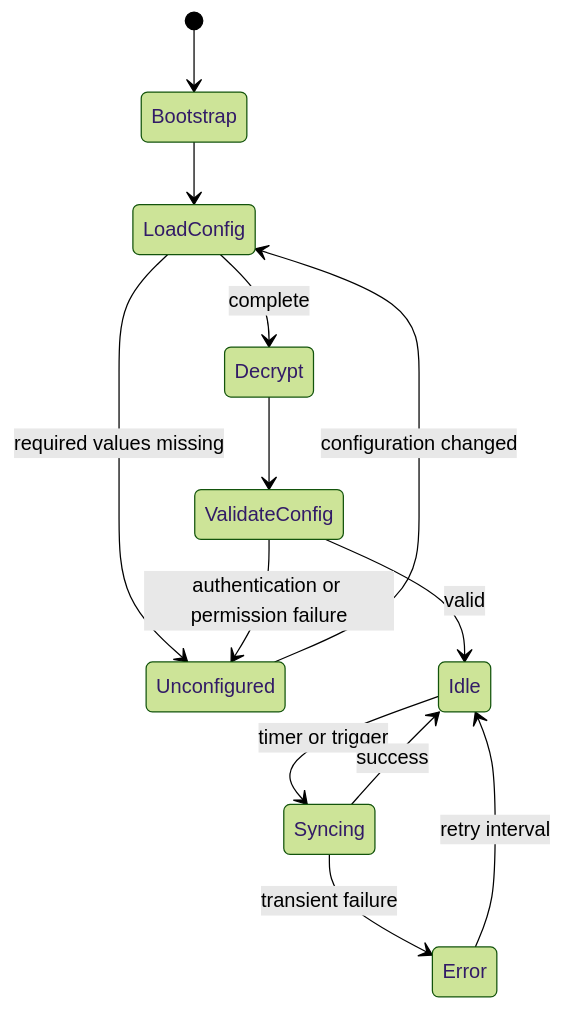
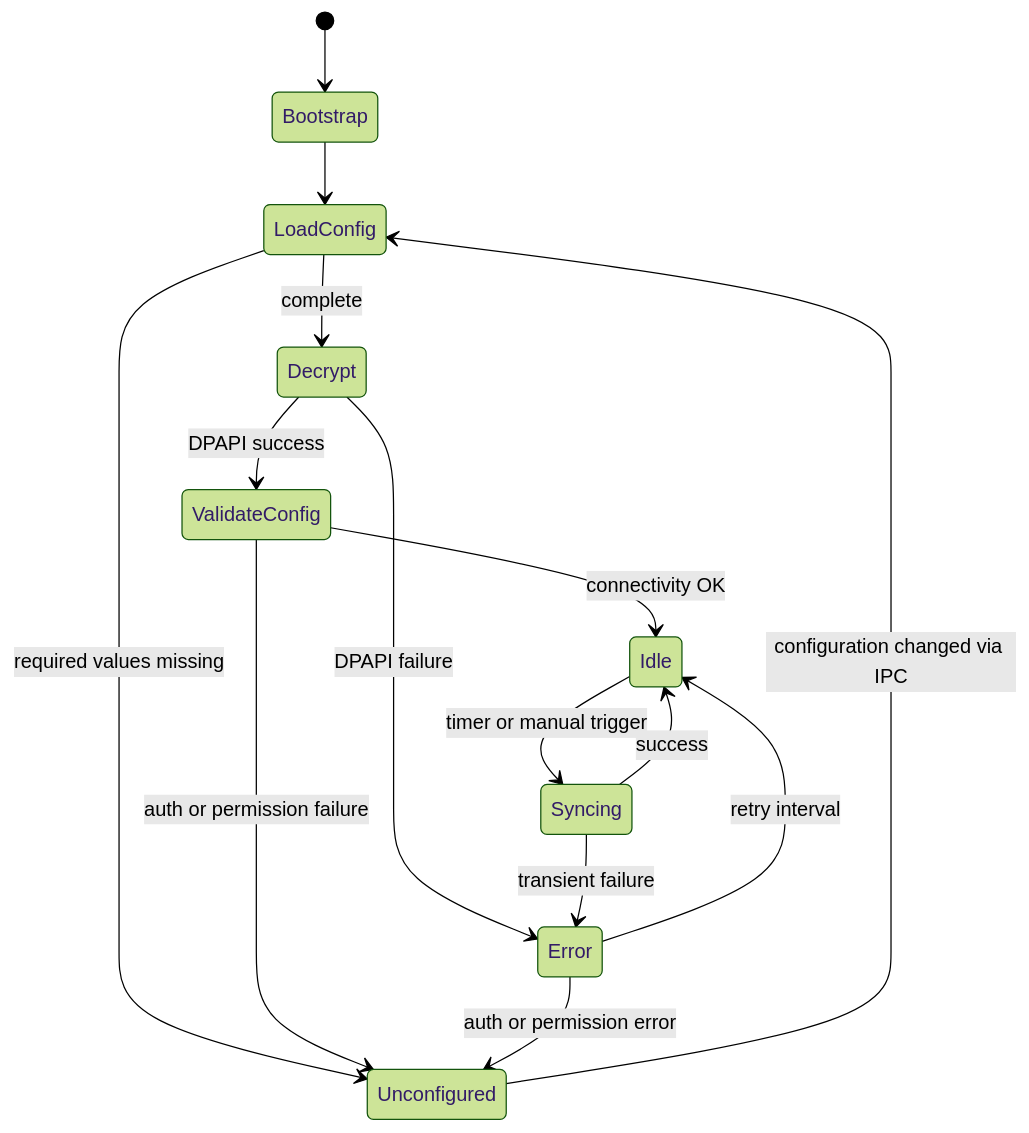
One commit to infogyre/SnipeSpotter changed the second of 3 diagrams in docs/architecture.md. Above: the diagram before and after it, drawn with Mermaid (forest theme). The commit also changed other lines of this file and 3 other files, not shown here.

````diff
--- a/docs/architecture.md
+++ b/docs/architecture.md
@@ -23,15 +74,17 @@
 ```mermaid
 stateDiagram-v2
-  [*] --> Bootstrap
-  Bootstrap --> LoadConfig
-  LoadConfig --> Unconfigured: required values missing
-  LoadConfig --> Decrypt: complete
-  Unconfigured --> LoadConfig: configuration changed
-  Decrypt --> ValidateConfig
-  ValidateConfig --> Idle: valid
-  ValidateConfig --> Unconfigured: authentication or permission failure
-  Idle --> Syncing: timer or trigger
-  Syncing --> Idle: success
-  Syncing --> Error: transient failure
-  Error --> Idle: retry interval
+    [*] --> Bootstrap
+    Bootstrap --> LoadConfig
+    LoadConfig --> Unconfigured: required values missing
+    LoadConfig --> Decrypt: complete
+    Unconfigured --> LoadConfig: configuration changed via IPC
+    Decrypt --> ValidateConfig: DPAPI success
+    Decrypt --> Error: DPAPI failure
+    ValidateConfig --> Idle: connectivity OK
+    ValidateConfig --> Unconfigured: auth or permission failure
+    Idle --> Syncing: timer or manual trigger
+    Syncing --> Idle: success
+    Syncing --> Error: transient failure
+    Error --> Idle: retry interval
+    Error --> Unconfigured: auth or permission error
 ```
````
